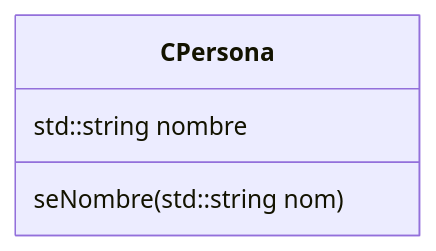
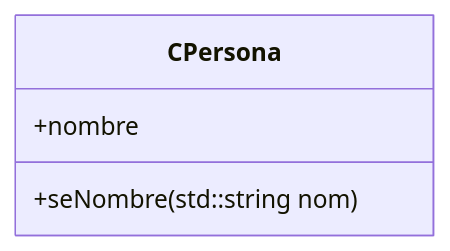
The diagram in CLASES/CPERSONA/CPersona.md (profabvera/PracticaCPP), drawn with Mermaid before and after one commit.

Commit message:
Actualizar CPersona.md

````diff
--- a/CLASES/CPERSONA/CPersona.md
+++ b/CLASES/CPERSONA/CPersona.md
@@ -3,10 +3,10 @@
 ```mermaid
 classDiagram
 
 class CPersona {
 
-   std::string nombre
-   seNombre(std::string nom)
+   +nombre
+   +seNombre(std::string nom)
    }
 
 ```
````
